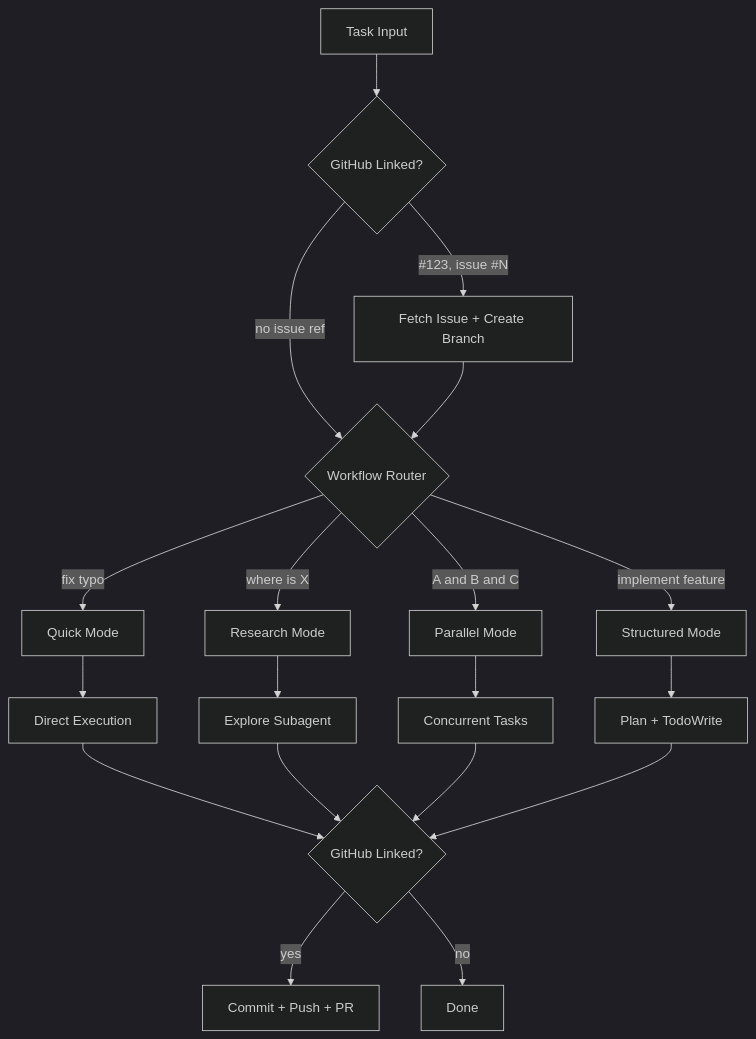
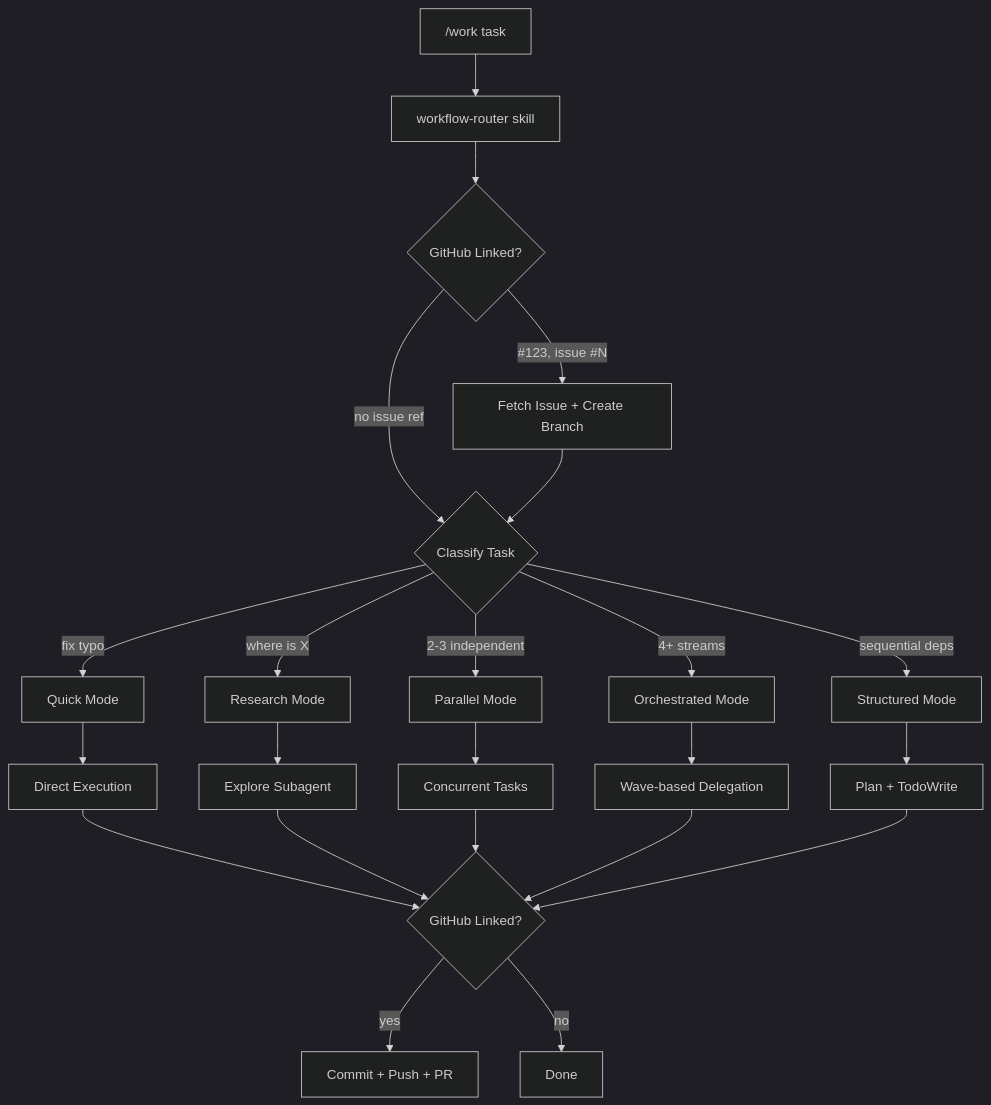
One commit to uarslandev/infra changed the diagram in dotfiles/roles/claude/README.md. Above: the diagram before and after it, drawn with Mermaid (dark theme). The commit also changed other lines of this file and 2 other files, not shown here.

Commit message:
refactor(claude): make workflow-router canonical
Move complete routing logic from /work command into workflow-router
skill. The skill is now the canonical source for task classification,
sub-agent delegation, failure recovery, and synthesis protocols.
/work becomes a thin wrapper that invokes the skill.

````diff
--- a/dotfiles/roles/claude/README.md
+++ b/dotfiles/roles/claude/README.md
@@ -71,18 +71,21 @@
 ```mermaid
 graph TD
-    A[Task Input] --> B{GitHub Linked?}
-    B -->|"#123, issue #N"| C[Fetch Issue + Create Branch]
-    B -->|"no issue ref"| D{Workflow Router}
-    C --> D
-    D -->|"fix typo"| E[Quick Mode]
-    D -->|"where is X"| F[Research Mode]
-    D -->|"A and B and C"| G[Parallel Mode]
-    D -->|"implement feature"| H[Structured Mode]
-    E --> I[Direct Execution]
-    F --> J[Explore Subagent]
-    G --> K[Concurrent Tasks]
-    H --> L[Plan + TodoWrite]
-    I & J & K & L --> M{GitHub Linked?}
-    M -->|yes| N[Commit + Push + PR]
-    M -->|no| O[Done]
+    A["/work task"] --> B[workflow-router skill]
+    B --> C{GitHub Linked?}
+    C -->|"#123, issue #N"| D[Fetch Issue + Create Branch]
+    C -->|"no issue ref"| E{Classify Task}
+    D --> E
+    E -->|"fix typo"| F[Quick Mode]
+    E -->|"where is X"| G[Research Mode]
+    E -->|"2-3 independent"| H[Parallel Mode]
+    E -->|"4+ streams"| I[Orchestrated Mode]
+    E -->|"sequential deps"| J[Structured Mode]
+    F --> K[Direct Execution]
+    G --> L[Explore Subagent]
+    H --> M[Concurrent Tasks]
+    I --> N[Wave-based Delegation]
+    J --> O[Plan + TodoWrite]
+    K & L & M & N & O --> P{GitHub Linked?}
+    P -->|yes| Q[Commit + Push + PR]
+    P -->|no| R[Done]
 ```
````
